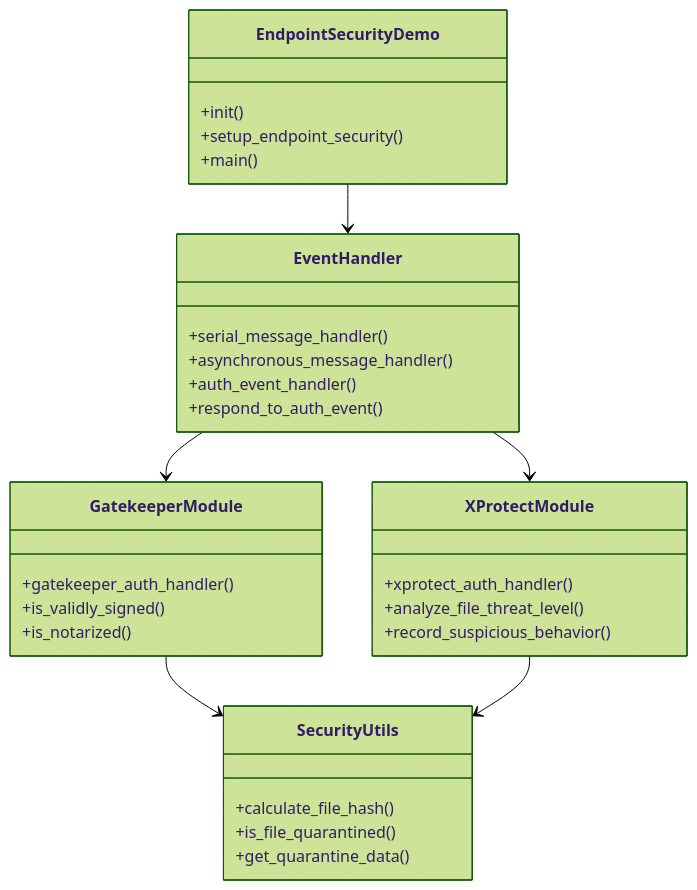
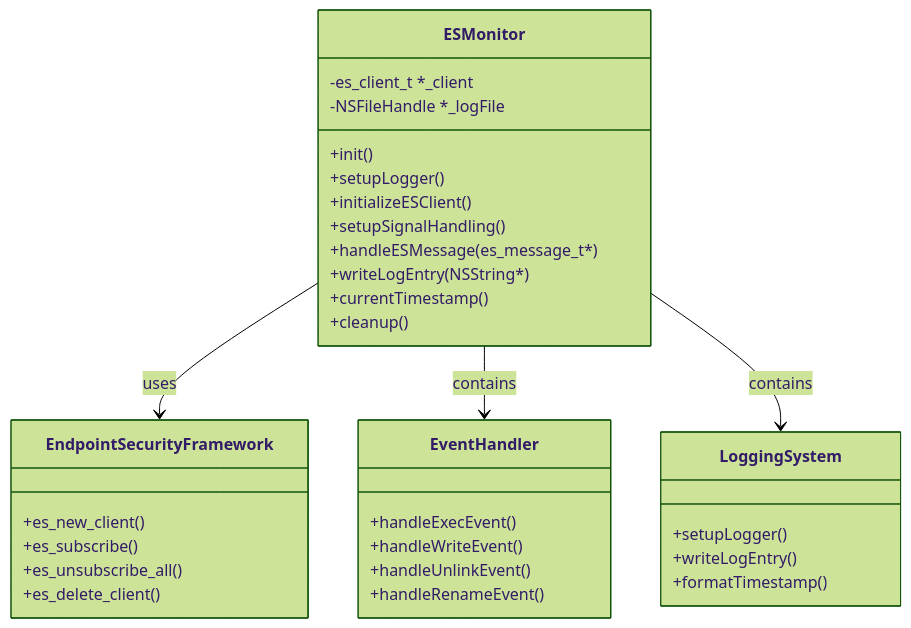
Before and after one commit to anubhavg-icpl/EndpointSecurityDemo: the third of 4 diagrams in DOCS/Architecture.md, drawn with Mermaid (forest theme). The commit also changed other lines of this file and 4 other files, not shown here.

Commit message:
Refactor architecture documentation and introduce ESMonitor class for event handling

````diff
--- a/DOCS/Architecture.md
+++ b/DOCS/Architecture.md
@@ -68,39 +61,39 @@
 ```mermaid
 classDiagram
-    class EndpointSecurityDemo {
+    class ESMonitor {
+        -es_client_t *_client
+        -NSFileHandle *_logFile
         +init()
-        +setup_endpoint_security()
-        +main()
+        +setupLogger()
+        +initializeESClient()
+        +setupSignalHandling()
+        +handleESMessage(es_message_t*)
+        +writeLogEntry(NSString*)
+        +currentTimestamp()
+        +cleanup()
+    }
+
+    class EndpointSecurityFramework {
+        +es_new_client()
+        +es_subscribe()
+        +es_unsubscribe_all()
+        +es_delete_client()
     }
 
     class EventHandler {
-        +serial_message_handler()
-        +asynchronous_message_handler()
-        +auth_event_handler()
-        +respond_to_auth_event()
+        +handleExecEvent()
+        +handleWriteEvent()
+        +handleUnlinkEvent()
+        +handleRenameEvent()
     }
 
-    class GatekeeperModule {
-        +gatekeeper_auth_handler()
-        +is_validly_signed()
-        +is_notarized()
+    class LoggingSystem {
+        +setupLogger()
+        +writeLogEntry()
+        +formatTimestamp()
     }
 
-    class XProtectModule {
-        +xprotect_auth_handler()
-        +analyze_file_threat_level()
-        +record_suspicious_behavior()
-    }
-
-    class SecurityUtils {
-        +calculate_file_hash()
-        +is_file_quarantined()
-        +get_quarantine_data()
-    }
-
-    EndpointSecurityDemo --> EventHandler
-    EventHandler --> GatekeeperModule
-    EventHandler --> XProtectModule
-    GatekeeperModule --> SecurityUtils
-    XProtectModule --> SecurityUtils
+    ESMonitor --> EndpointSecurityFramework : uses
+    ESMonitor --> EventHandler : contains
+    ESMonitor --> LoggingSystem : contains
 ```
````
